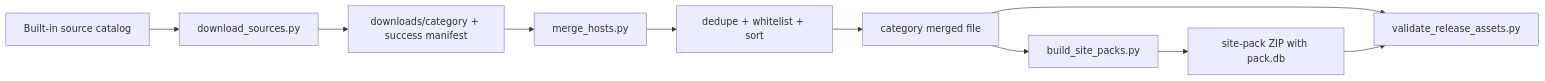
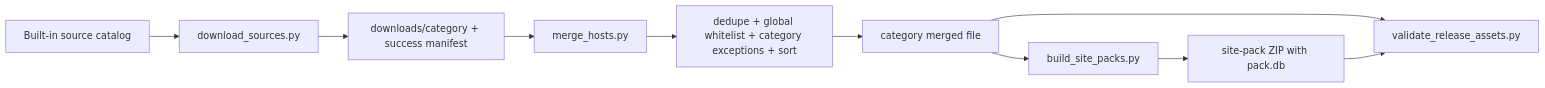
Before and after one commit to Linea-Software/ace-hosts: the diagram in README.md, drawn with Mermaid. The commit also changed other lines of this file and 10 other files, not shown here.

Commit message:
feat: add category host exceptions

````diff
--- a/README.md
+++ b/README.md
@@ -123,12 +123,12 @@
 ```mermaid
 flowchart LR
     A[Built-in source catalog] --> B[download_sources.py]
     B --> C[downloads/category + success manifest]
     C --> D[merge_hosts.py]
-    D --> E[dedupe + whitelist + sort]
+    D --> E[dedupe + global whitelist + category exceptions + sort]
     E --> F[category merged file]
     F --> G[build_site_packs.py]
     G --> H[site-pack ZIP with pack.db]
     F --> I[validate_release_assets.py]
     H --> I
 ```
````
